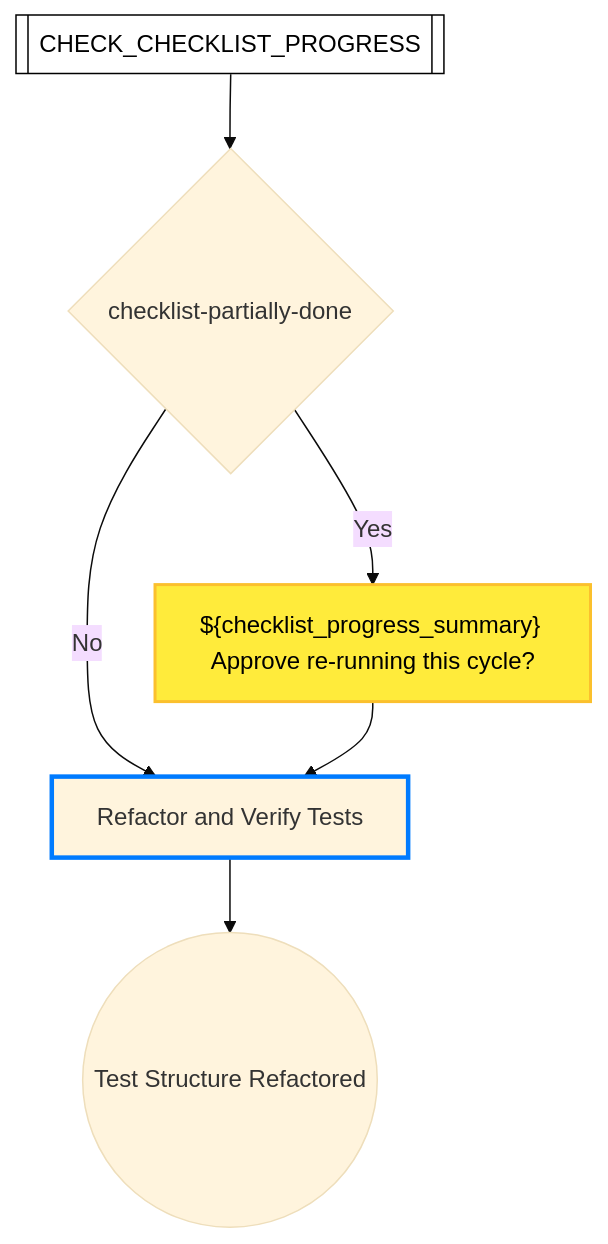
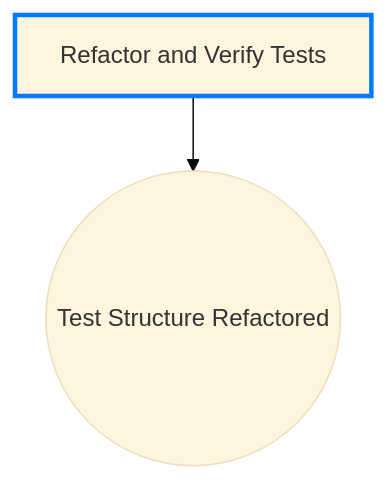
Before and after one commit to optivem/gh-optivem: diagram 11 of 53 in docs/process-diagram.md, drawn with Mermaid (base theme). The commit also changed other lines of this file and 89 other files, not shown here.

Commit message:
atdd: regenerate process-flow diagram

````diff
--- a/docs/process-diagram.md
+++ b/docs/process-diagram.md
@@ -303,23 +245,10 @@
 ```mermaid
 flowchart TD
-    CHECK_CHECKLIST_PROGRESS[[CHECK_CHECKLIST_PROGRESS]]
-    GATE_CHECKLIST_PARTIALLY_DONE{checklist-partially-done}
     REFACTOR_AND_VERIFY_TESTS[Refactor and Verify Tests]
     REFACTOR_TEST_STRUCTURE_END((Test Structure Refactored))
-    STOP_CHECKLIST_PARTIALLY_DONE["${checklist_progress_summary} Approve re-running this cycle?"]
 
-    CHECK_CHECKLIST_PROGRESS --> GATE_CHECKLIST_PARTIALLY_DONE
-    GATE_CHECKLIST_PARTIALLY_DONE -- Yes --> STOP_CHECKLIST_PARTIALLY_DONE
-    GATE_CHECKLIST_PARTIALLY_DONE -- No --> REFACTOR_AND_VERIFY_TESTS
-    STOP_CHECKLIST_PARTIALLY_DONE --> REFACTOR_AND_VERIFY_TESTS
     REFACTOR_AND_VERIFY_TESTS --> REFACTOR_TEST_STRUCTURE_END
-
-    classDef serviceNode fill:#ffffff,stroke:#000000,stroke-width:1px,color:#000000
-    class CHECK_CHECKLIST_PROGRESS serviceNode
-
-    classDef humanNode fill:#ffeb3b,stroke:#fbc02d,stroke-width:2px,color:#000000
-    class STOP_CHECKLIST_PARTIALLY_DONE humanNode
 
     classDef tddRefactorNode stroke:#007bff,stroke-width:3px
     class REFACTOR_AND_VERIFY_TESTS tddRefactorNode
 ```
````
